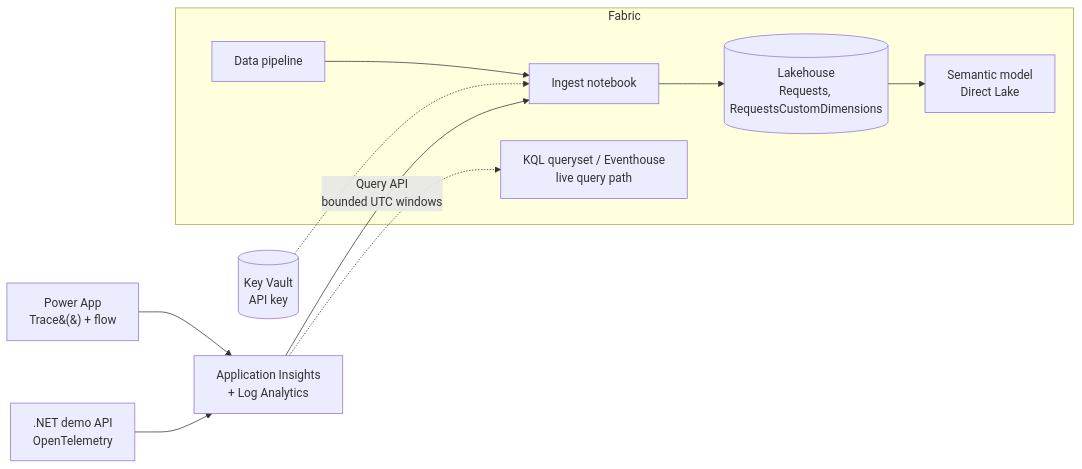
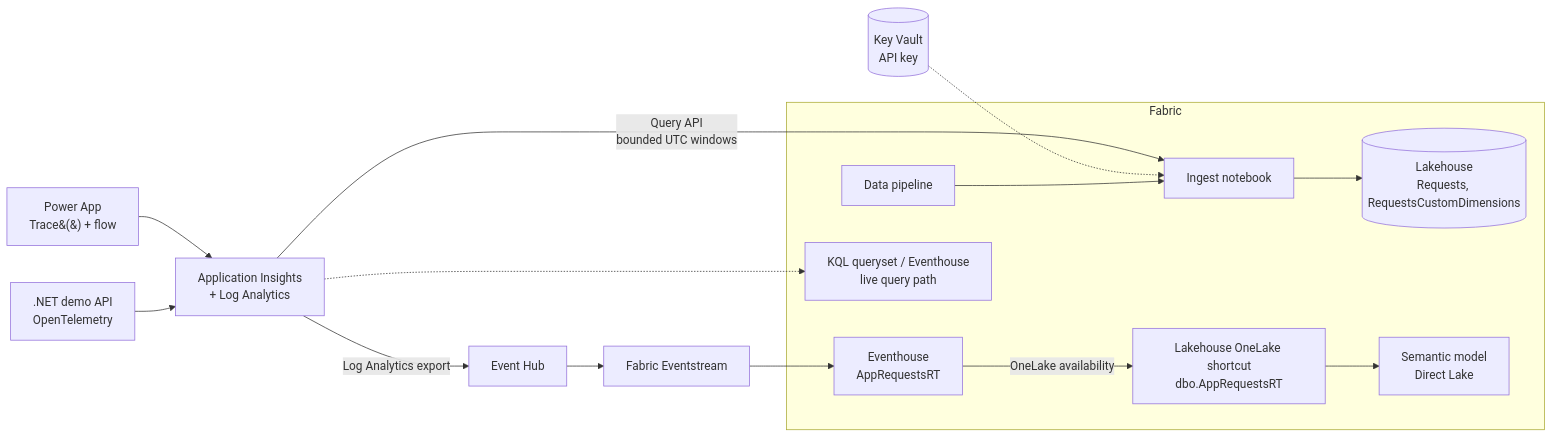
Before and after one commit to FrankBearman/app_telemetry_rti: the diagram in docs/OVERVIEW.md, drawn with Mermaid. The commit also changed other lines of this file and 9 other files, not shown here.

````diff
--- a/docs/OVERVIEW.md
+++ b/docs/OVERVIEW.md
@@ -13,14 +13,18 @@
 ```mermaid
 flowchart LR
     PA[Power App<br/>Trace&#40;&#41; + flow] --> AI
     DN[.NET demo API<br/>OpenTelemetry] --> AI
     AI[Application Insights<br/>+ Log Analytics] -->|Query API<br/>bounded UTC windows| NB
     KV[(Key Vault<br/>API key)] -.-> NB
     subgraph Fabric
       PL[Data pipeline] --> NB[Ingest notebook]
       NB --> LH[(Lakehouse<br/>Requests, RequestsCustomDimensions)]
-      LH --> SM[Semantic model<br/>Direct Lake]
+      EH[Eventhouse<br/>AppRequestsRT] -->|OneLake availability| SC[Lakehouse OneLake shortcut<br/>dbo.AppRequestsRT]
+      SC --> SM[Semantic model<br/>Direct Lake]
       KQ[KQL queryset / Eventhouse<br/>live query path]
     end
+    AI -->|Log Analytics export| HUB[Event Hub]
+    HUB --> ES[Fabric Eventstream]
+    ES --> EH
     AI -.-> KQ
 ```
````
